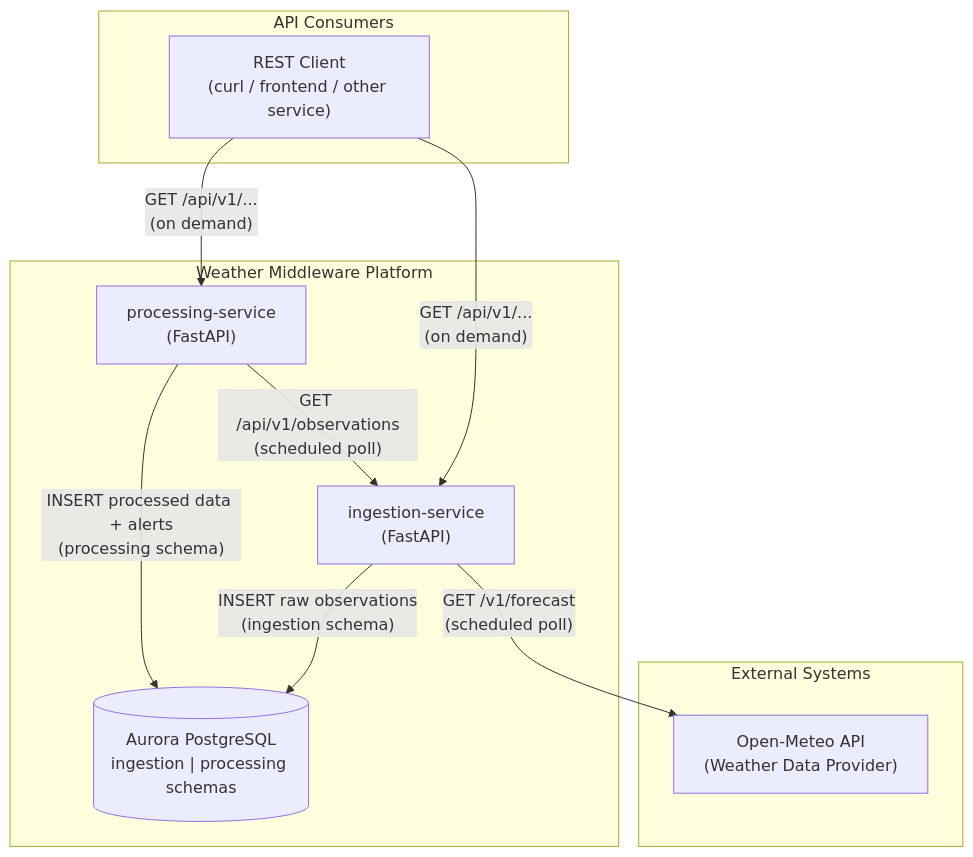
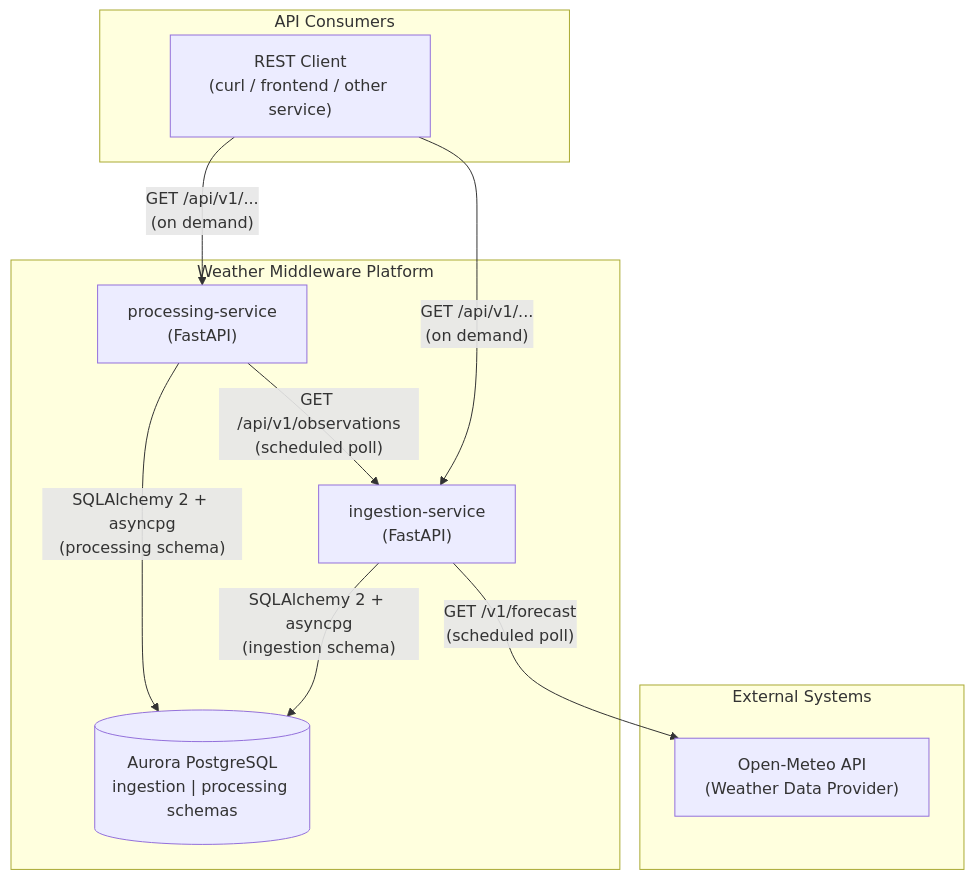
Before and after one commit to juanp-ctrl/WeatherAPI: the first of 5 diagrams in docs/architecture/overview.md, drawn with Mermaid. The commit also changed other lines of this file and 137 other files, not shown here.

````diff
--- a/docs/architecture/overview.md
+++ b/docs/architecture/overview.md
@@ -139,23 +140,23 @@
 ```mermaid
 graph TB
     subgraph external [External Systems]
         OpenMeteo["Open-Meteo API\n(Weather Data Provider)"]
     end
 
     subgraph platform [Weather Middleware Platform]
         Ingestion["ingestion-service\n(FastAPI)"]
         Processing["processing-service\n(FastAPI)"]
         DB[("Aurora PostgreSQL\ningestion | processing schemas")]
     end
 
     subgraph consumers [API Consumers]
         Client["REST Client\n(curl / frontend / other service)"]
     end
 
     Ingestion -->|"GET /v1/forecast\n(scheduled poll)"| OpenMeteo
-    Ingestion -->|"INSERT raw observations\n(ingestion schema)"| DB
+    Ingestion -->|"SQLAlchemy 2 + asyncpg\n(ingestion schema)"| DB
     Processing -->|"GET /api/v1/observations\n(scheduled poll)"| Ingestion
-    Processing -->|"INSERT processed data + alerts\n(processing schema)"| DB
+    Processing -->|"SQLAlchemy 2 + asyncpg\n(processing schema)"| DB
     Client -->|"GET /api/v1/...\n(on demand)"| Ingestion
     Client -->|"GET /api/v1/...\n(on demand)"| Processing
 ```
````
